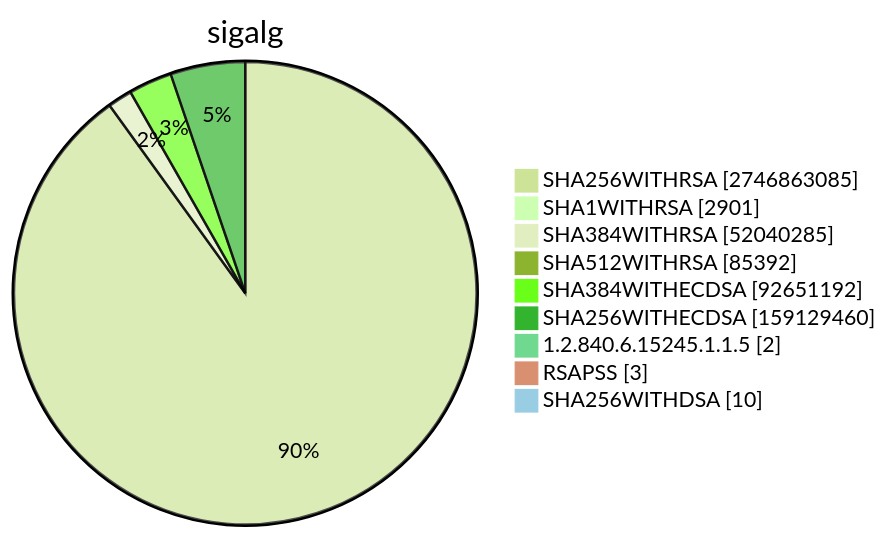
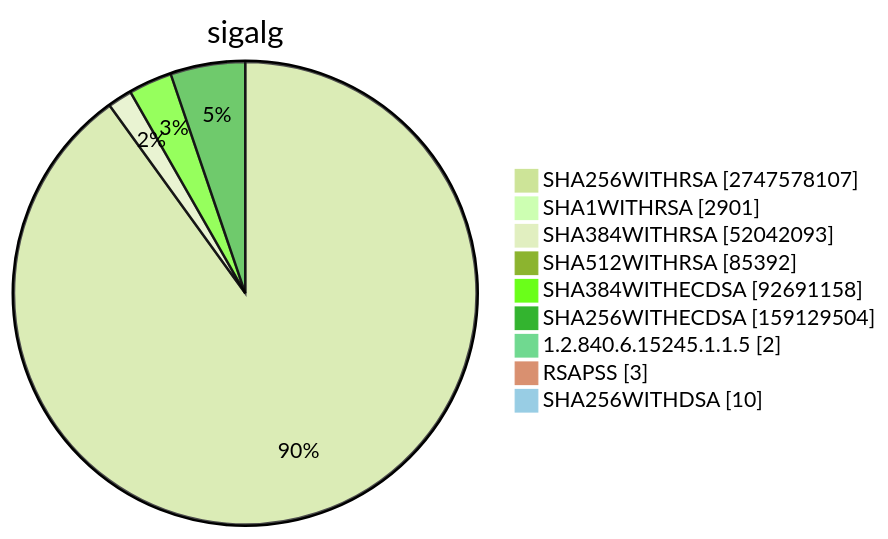
Before and after one commit to christiankrug/ctmonitor_visualization: diagram 15 of 15 in TOTAL/README.md, drawn with Mermaid (forest theme). The commit also changed other lines of this file, not shown here.

````diff
--- a/TOTAL/README.md
+++ b/TOTAL/README.md
@@ -6205,13 +6205,13 @@
 ```mermaid
 pie showData
 title sigalg
-"SHA256WITHRSA" :2746863085
+"SHA256WITHRSA" :2747578107
 "SHA1WITHRSA" :2901
-"SHA384WITHRSA" :52040285
+"SHA384WITHRSA" :52042093
 "SHA512WITHRSA" :85392
-"SHA384WITHECDSA" :92651192
-"SHA256WITHECDSA" :159129460
+"SHA384WITHECDSA" :92691158
+"SHA256WITHECDSA" :159129504
 "1.2.840.6.15245.1.1.5" :2
 "RSAPSS" :3
 "SHA256WITHDSA" :10
 ```
````
